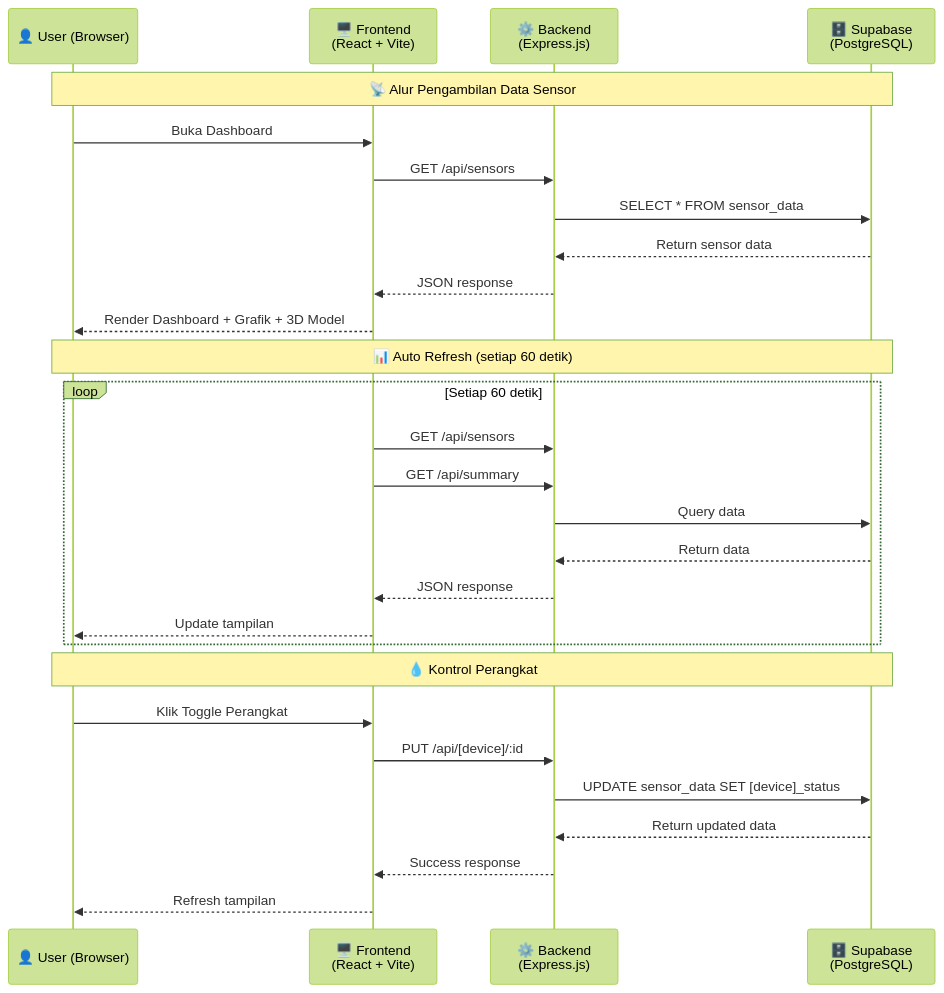
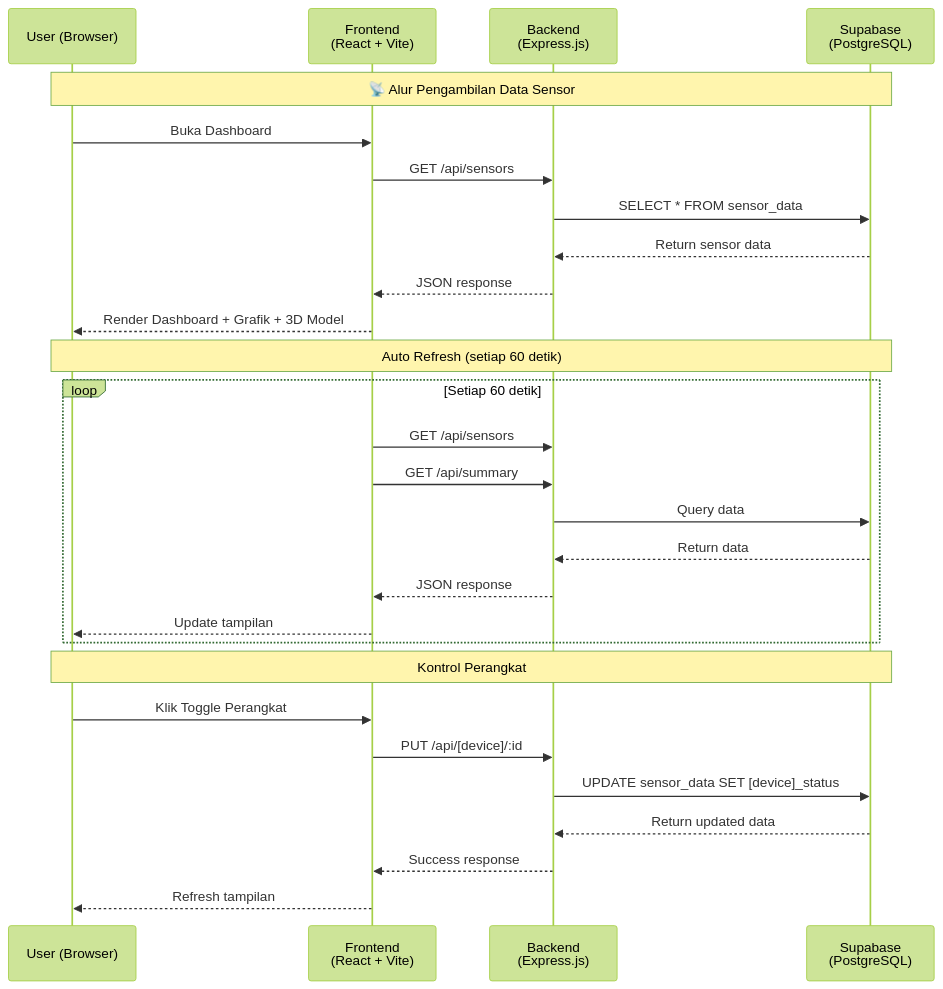
The second of 2 diagrams in README.md (Naufalmiftakhul963/MonitoringSmartFarming), drawn with Mermaid (forest theme) before and after one commit. The commit also changed other lines of this file, not shown here.

````diff
--- a/README.md
+++ b/README.md
@@ -99,33 +99,33 @@
 ```mermaid
 sequenceDiagram
-    participant User as 👤 User (Browser)
-    participant FE as 🖥️ Frontend<br/>(React + Vite)
-    participant BE as ⚙️ Backend<br/>(Express.js)
-    participant DB as 🗄️ Supabase<br/>(PostgreSQL)
+    participant User as User (Browser)
+    participant FE as Frontend<br/>(React + Vite)
+    participant BE as Backend<br/>(Express.js)
+    participant DB as Supabase<br/>(PostgreSQL)
 
     Note over User,DB: 📡 Alur Pengambilan Data Sensor
     User->>FE: Buka Dashboard
     FE->>BE: GET /api/sensors
     BE->>DB: SELECT * FROM sensor_data
     DB-->>BE: Return sensor data
     BE-->>FE: JSON response
     FE-->>User: Render Dashboard + Grafik + 3D Model
 
-    Note over User,DB: 📊 Auto Refresh (setiap 60 detik)
+    Note over User,DB: Auto Refresh (setiap 60 detik)
     loop Setiap 60 detik
         FE->>BE: GET /api/sensors
         FE->>BE: GET /api/summary
         BE->>DB: Query data
         DB-->>BE: Return data
         BE-->>FE: JSON response
         FE-->>User: Update tampilan
     end
 
-    Note over User,DB: 💧 Kontrol Perangkat
+    Note over User,DB: Kontrol Perangkat
     User->>FE: Klik Toggle Perangkat
     FE->>BE: PUT /api/[device]/:id
     BE->>DB: UPDATE sensor_data SET [device]_status
     DB-->>BE: Return updated data
     BE-->>FE: Success response
     FE-->>User: Refresh tampilan
 ```
````
